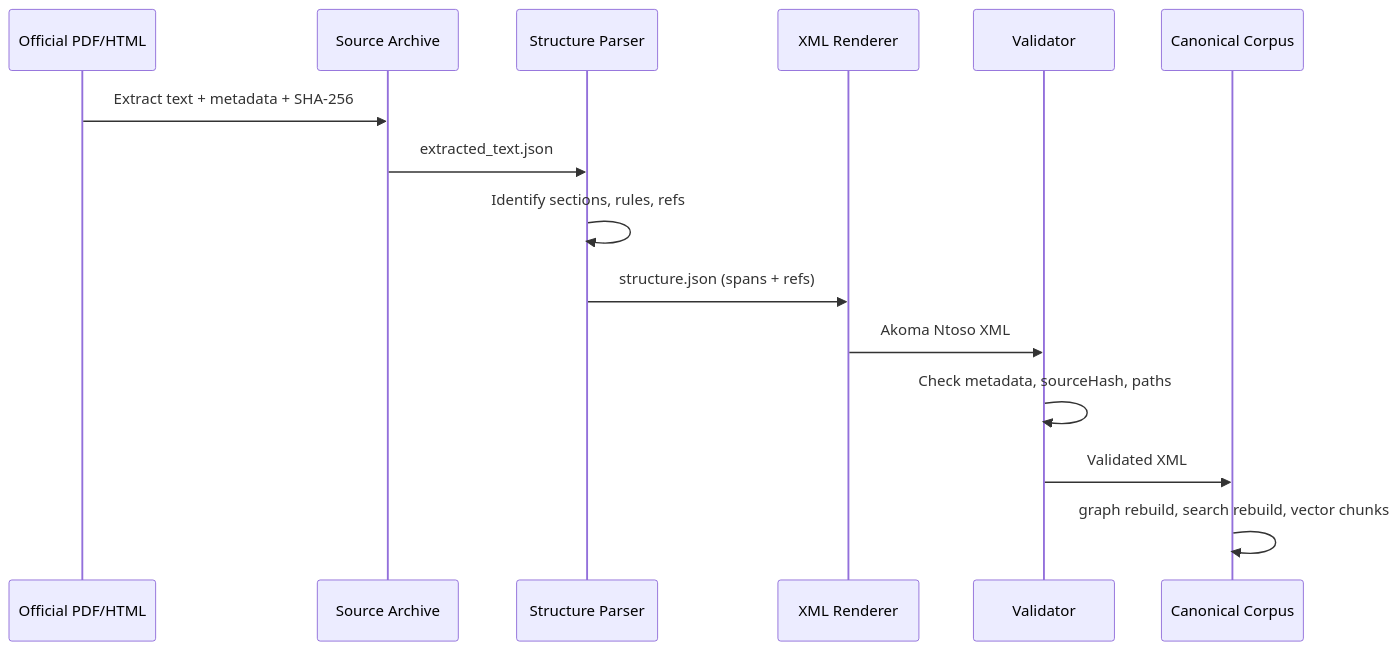
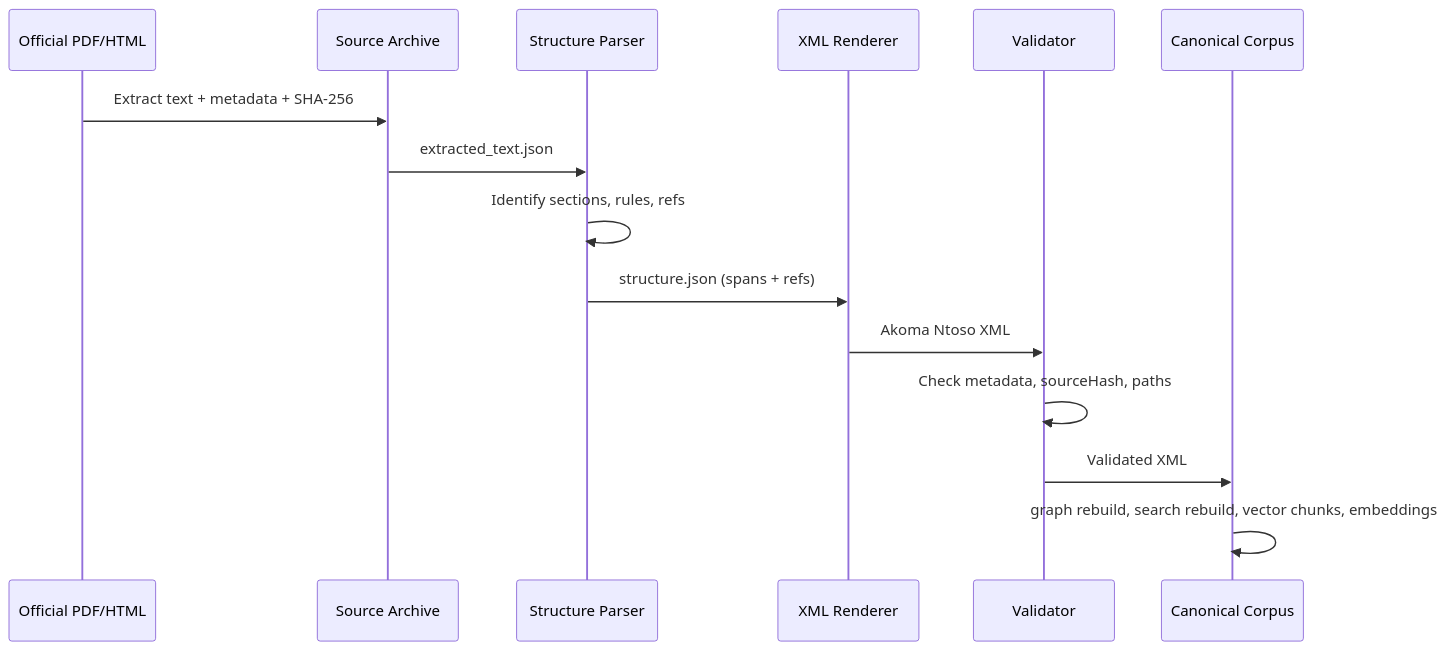
The fifth of 5 diagrams in README.md (shikharpant/nyaya-ledger), drawn with Mermaid before and after one commit. The commit also changed other lines of this file and 12 other files, not shown here.

Commit message:
Add graph and vector serving layer

````diff
--- a/README.md
+++ b/README.md
@@ -436,18 +496,18 @@
 ```mermaid
 sequenceDiagram
     participant Source as Official PDF/HTML
     participant Archive as Source Archive
     participant Parser as Structure Parser
     participant Renderer as XML Renderer
     participant Validator as Validator
     participant Corpus as Canonical Corpus
 
     Source->>Archive: Extract text + metadata + SHA-256
     Archive->>Parser: extracted_text.json
     Parser->>Parser: Identify sections, rules, refs
     Parser->>Renderer: structure.json (spans + refs)
     Renderer->>Validator: Akoma Ntoso XML
     Validator->>Validator: Check metadata, sourceHash, paths
     Validator->>Corpus: Validated XML
-    Corpus->>Corpus: graph rebuild, search rebuild, vector chunks
+    Corpus->>Corpus: graph rebuild, search rebuild, vector chunks, embeddings
 ```
````
